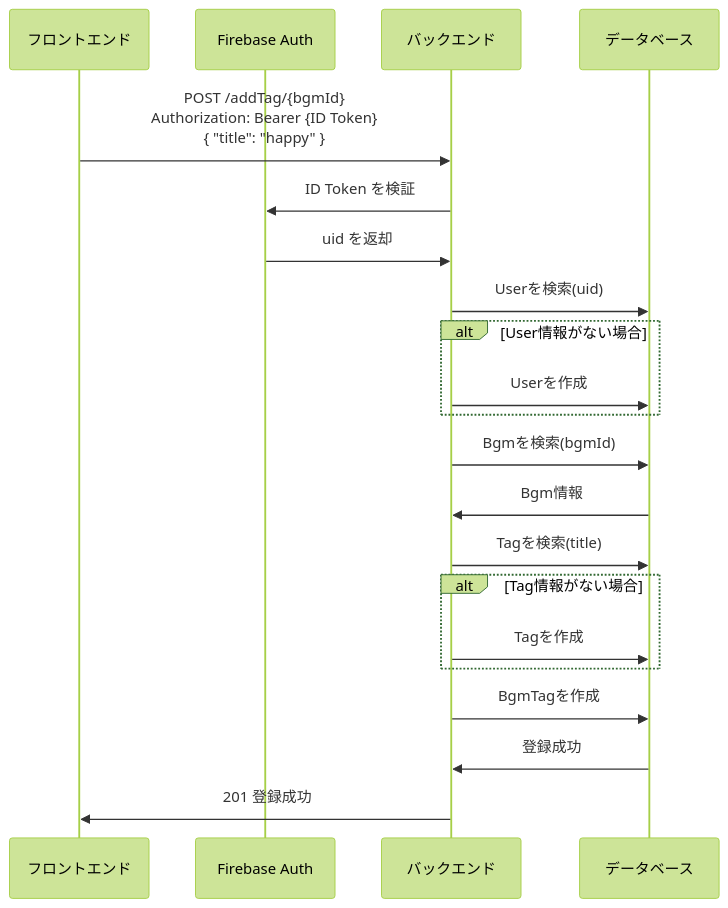
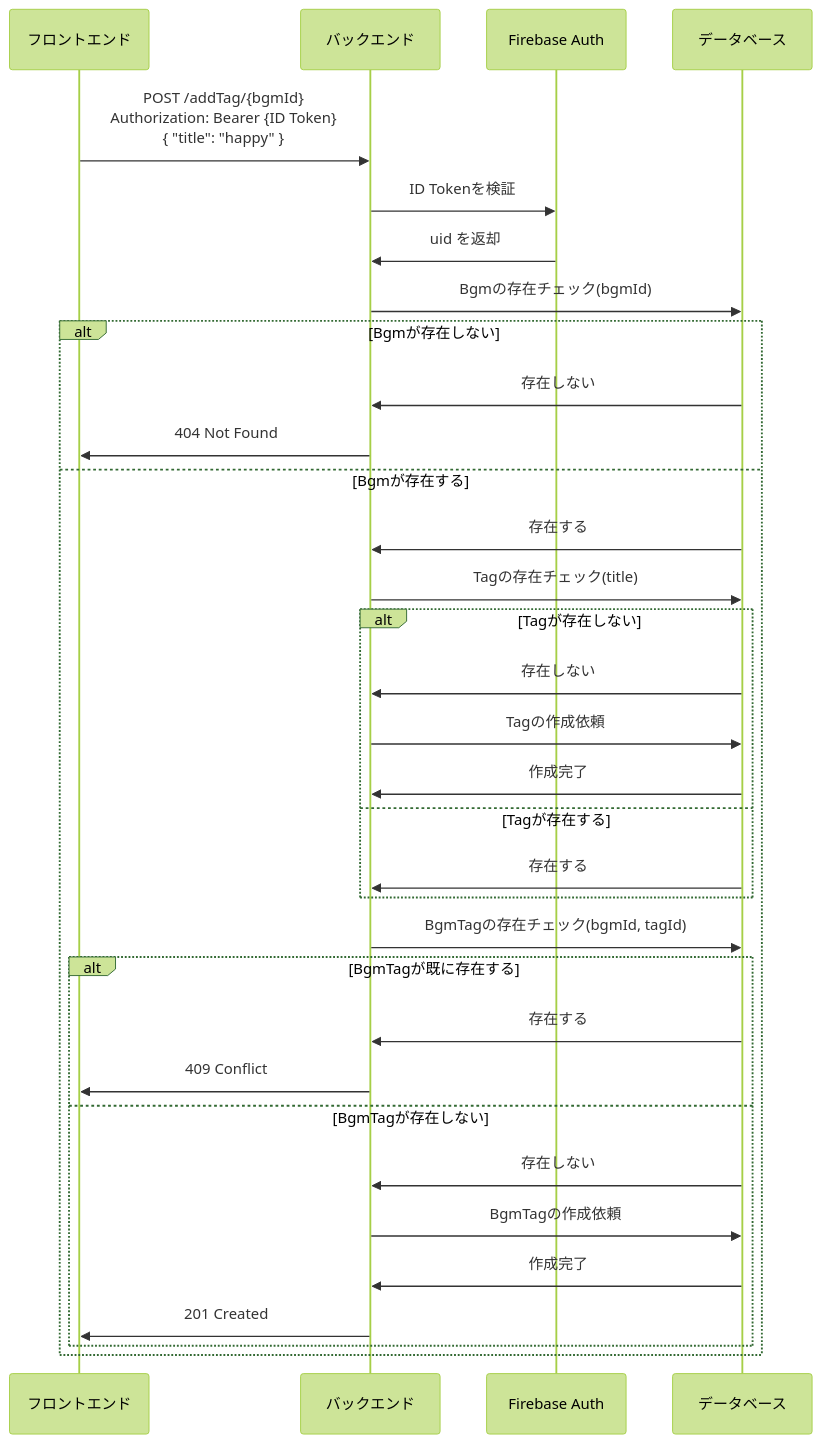
One commit to kagomen/bgm-api-springboot changed the third of 5 diagrams in docs/sequence.md. Above: the diagram before and after it, drawn with Mermaid (forest theme). The commit also changed other lines of this file, not shown here.

Commit message:
シーケンス図の修正（例外処理の追加、Userテーブル作成のフローを追加）

````diff
--- a/docs/sequence.md
+++ b/docs/sequence.md
@@ -33,32 +61,40 @@
 ```mermaid
 sequenceDiagram
   participant FE as フロントエンド
-  participant Firebase as Firebase Auth
   participant BE as バックエンド
+  participant FB as Firebase Auth
   participant DB as データベース
 
   FE->>BE: POST /addTag/{bgmId}<br />Authorization: Bearer {ID Token}<br />{ "title": "happy" }
 
-  BE->>Firebase: ID Token を検証
-  Firebase->>BE: uid を返却
+  BE->>FB: ID Tokenを検証
+  FB->>BE: uid を返却
 
-  BE->>DB: Userを検索(uid)
+  BE->>DB: Bgmの存在チェック(bgmId)
+  alt Bgmが存在しない
+    DB->>BE: 存在しない
+    BE->>FE: 404 Not Found
+  else Bgmが存在する
+    DB->>BE: 存在する
 
-  alt User情報がない場合
-  BE->>DB: Userを作成
+    BE->>DB: Tagの存在チェック(title)
+    alt Tagが存在しない
+      DB->>BE: 存在しない
+      BE->>DB: Tagの作成依頼
+      DB->>BE: 作成完了
+    else Tagが存在する
+      DB->>BE: 存在する
+    end
+
+    BE->>DB: BgmTagの存在チェック(bgmId, tagId)
+    alt BgmTagが既に存在する
+      DB->>BE: 存在する
+      BE->>FE: 409 Conflict
+    else BgmTagが存在しない
+      DB->>BE: 存在しない
+      BE->>DB: BgmTagの作成依頼
+      DB->>BE: 作成完了
+      BE->>FE: 201 Created
+    end
   end
-
-  BE->>DB: Bgmを検索(bgmId)
-  DB->>BE: Bgm情報
-
-  BE->>DB: Tagを検索(title)
-
-  alt Tag情報がない場合
-  BE->>DB: Tagを作成
-  end
-
-  BE->>DB: BgmTagを作成
-  DB->>BE: 登録成功
-
-  BE->>FE: 201 登録成功
 ```
````
